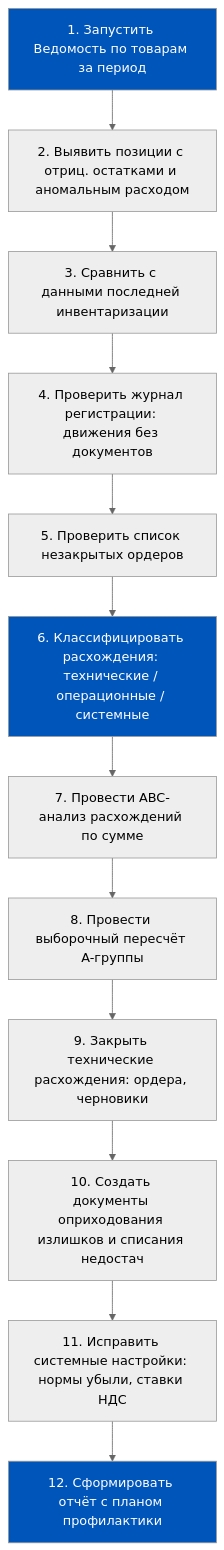
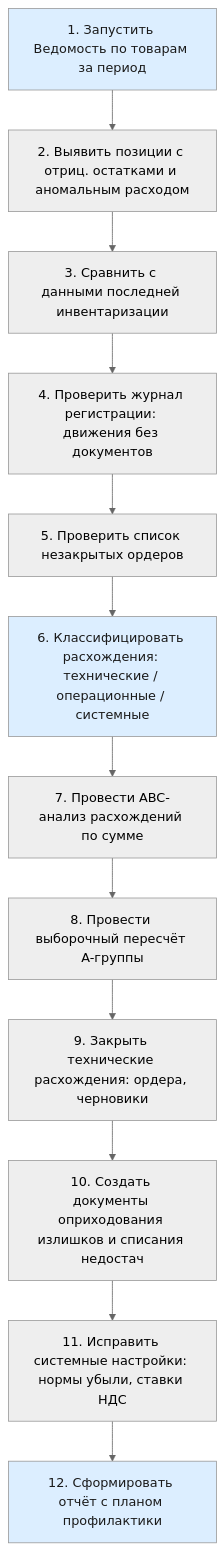
The seventh of 8 diagrams in content/1c-erp/week_5/Неделя 5 - День 6 - Практикум по аудиту склада.md (murad1986/1c-erp-quartz), drawn with Mermaid (neutral theme) before and after one commit. The commit also changed other lines of this file and 57 other files, not shown here.

First line of the commit message:
fix: Mermaid — пастельные цвета в источниках диаграмм (56 файлов)

````diff
--- a/content/1c-erp/week_5/Неделя 5 - День 6 - Практикум по аудиту склада.md
+++ b/content/1c-erp/week_5/Неделя 5 - День 6 - Практикум по аудиту склада.md
@@ -340,18 +340,18 @@
 ```mermaid
 flowchart TD
     S1[1. Запустить Ведомость по товарам за период] --> S2[2. Выявить позиции с отриц. остатками и аномальным расходом]
     S2 --> S3[3. Сравнить с данными последней инвентаризации]
     S3 --> S4[4. Проверить журнал регистрации: движения без документов]
     S4 --> S5[5. Проверить список незакрытых ордеров]
     S5 --> S6[6. Классифицировать расхождения: технические / операционные / системные]
     S6 --> S7[7. Провести ABC-анализ расхождений по сумме]
     S7 --> S8[8. Провести выборочный пересчёт A-группы]
     S8 --> S9[9. Закрыть технические расхождения: ордера, черновики]
     S9 --> S10[10. Создать документы оприходования излишков и списания недостач]
     S10 --> S11[11. Исправить системные настройки: нормы убыли, ставки НДС]
     S11 --> S12[12. Сформировать отчёт с планом профилактики]
 
-    style S1 fill:#0055BB,color:#fff
-    style S6 fill:#0055BB,color:#fff
-    style S12 fill:#0055BB,color:#fff
+    style S1 fill:#dceeff,color:#1a1a1a
+    style S6 fill:#dceeff,color:#1a1a1a
+    style S12 fill:#dceeff,color:#1a1a1a
 ```
````
